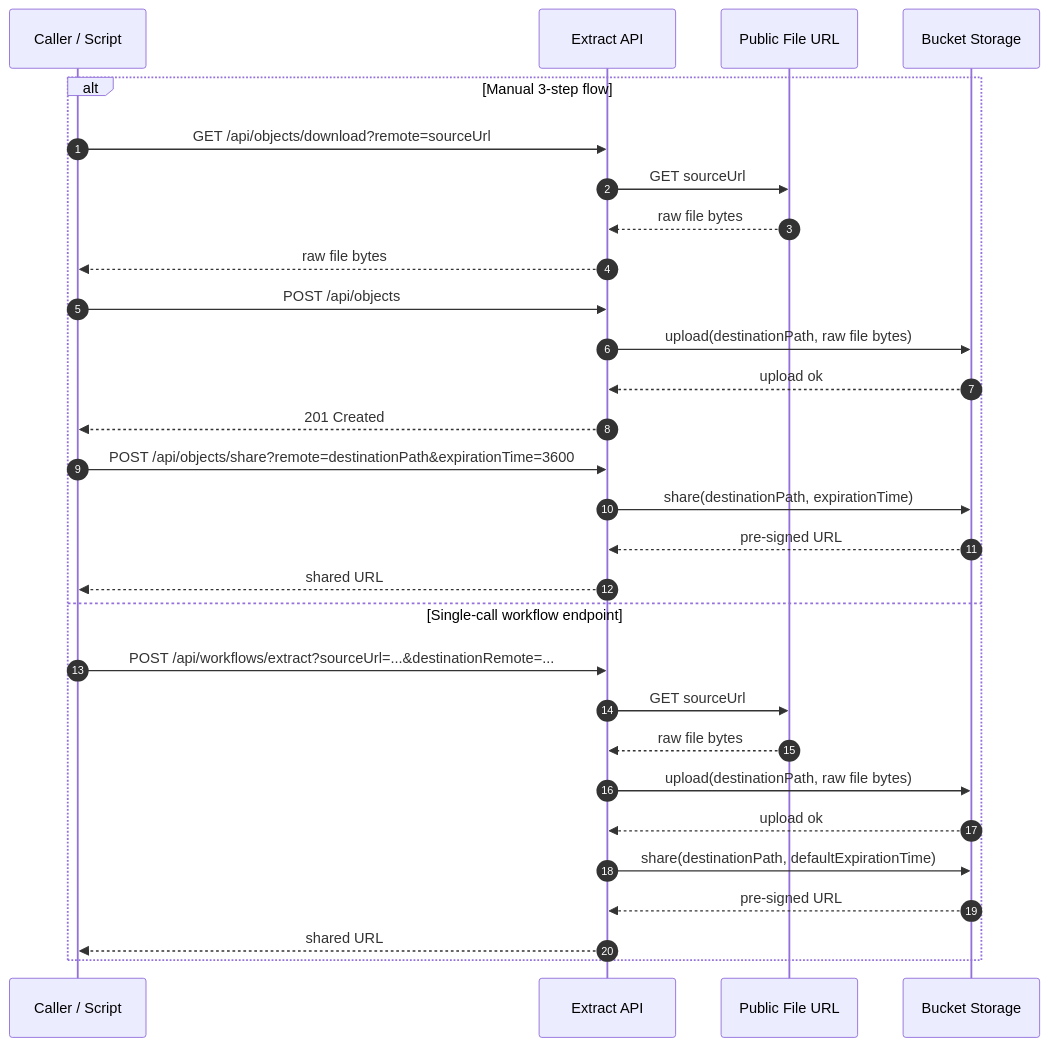
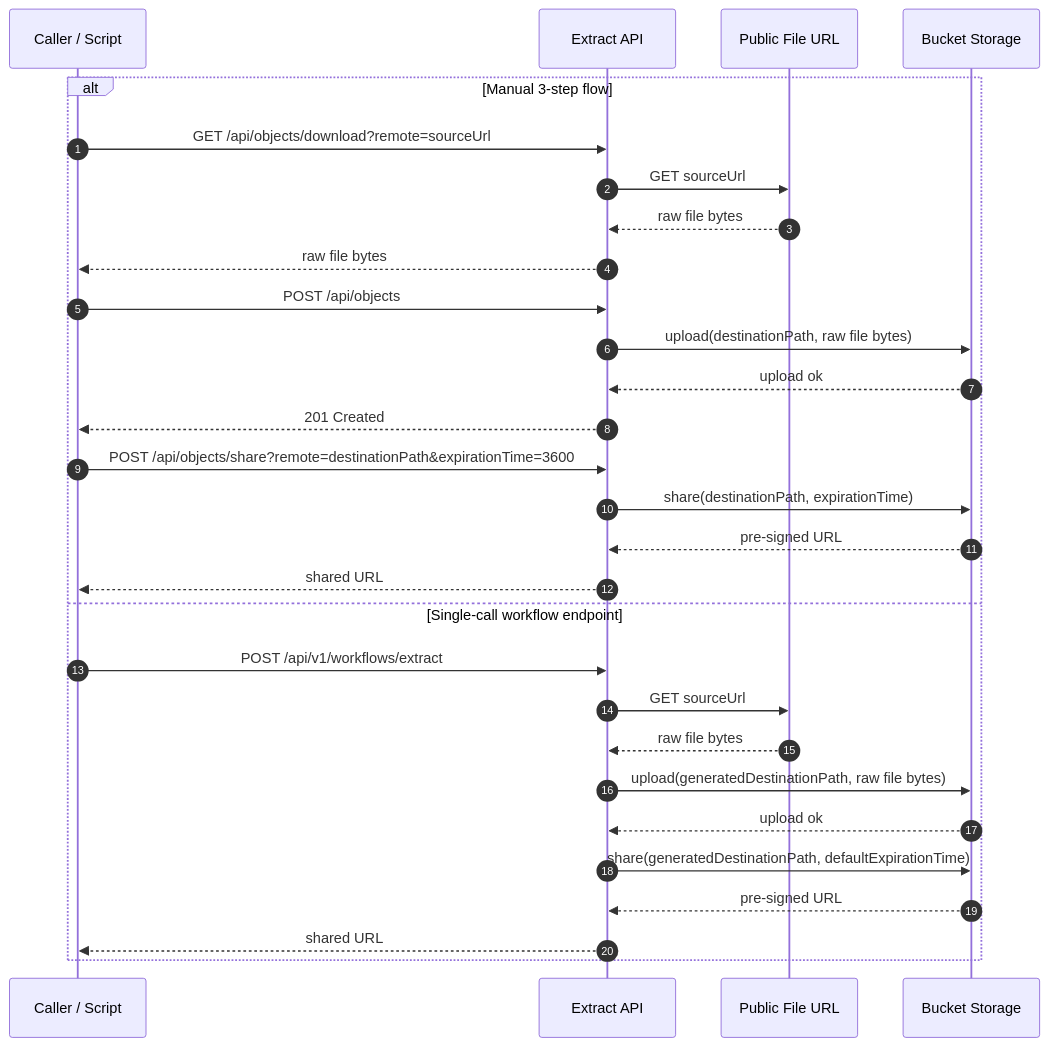
The diagram in docs/extractor/sprint-001-extract-workflow.md (CPNV-ES-BI-RIA-PROJECT/ria2-extract), drawn with Mermaid before and after one commit. The commit also changed other lines of this file, not shown here.

Commit message:
docs: updated docs for extract

````diff
--- a/docs/extractor/sprint-001-extract-workflow.md
+++ b/docs/extractor/sprint-001-extract-workflow.md
@@ -52,35 +52,35 @@
 ```mermaid
 sequenceDiagram
     autonumber
 
     participant caller as Caller / Script
     participant extract as Extract API
     participant source as Public File URL
     participant bucket as Bucket Storage
 
     alt Manual 3-step flow
         caller->>extract: GET /api/objects/download?remote=sourceUrl
         extract->>source: GET sourceUrl
         source-->>extract: raw file bytes
         extract-->>caller: raw file bytes
 
         caller->>extract: POST /api/objects
         extract->>bucket: upload(destinationPath, raw file bytes)
         bucket-->>extract: upload ok
         extract-->>caller: 201 Created
 
         caller->>extract: POST /api/objects/share?remote=destinationPath&expirationTime=3600
         extract->>bucket: share(destinationPath, expirationTime)
         bucket-->>extract: pre-signed URL
         extract-->>caller: shared URL
     else Single-call workflow endpoint
-        caller->>extract: POST /api/workflows/extract?sourceUrl=...&destinationRemote=...
+        caller->>extract: POST /api/v1/workflows/extract
         extract->>source: GET sourceUrl
         source-->>extract: raw file bytes
-        extract->>bucket: upload(destinationPath, raw file bytes)
+        extract->>bucket: upload(generatedDestinationPath, raw file bytes)
         bucket-->>extract: upload ok
-        extract->>bucket: share(destinationPath, defaultExpirationTime)
+        extract->>bucket: share(generatedDestinationPath, defaultExpirationTime)
         bucket-->>extract: pre-signed URL
         extract-->>caller: shared URL
     end
 ```
````
